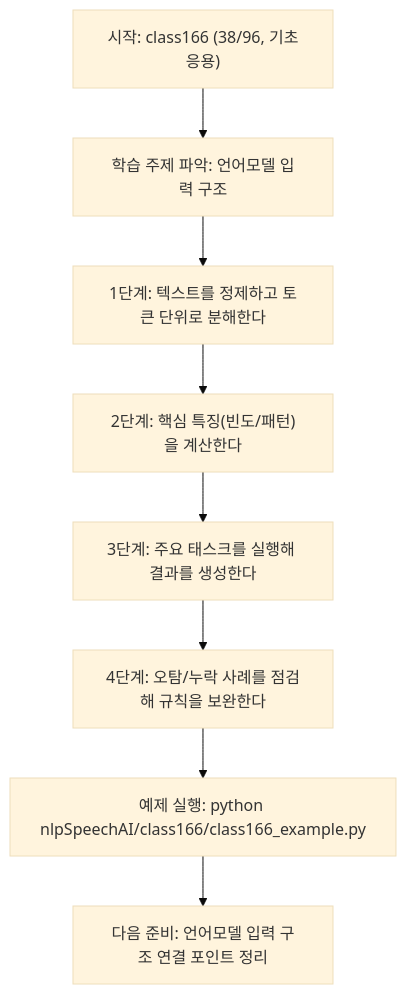
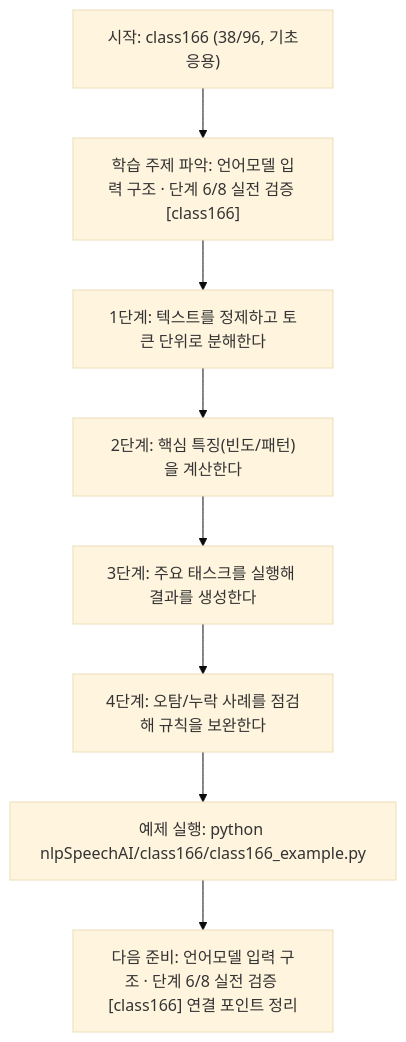
One commit to edumgt/Python-AI_Agent-Class changed the diagram in nlpSpeechAI/class166/class166.md. Above: the diagram before and after it, drawn with Mermaid (base theme). The commit also changed other lines of this file and 522 other files, not shown here.

````diff
--- a/nlpSpeechAI/class166/class166.md
+++ b/nlpSpeechAI/class166/class166.md
@@ -113,18 +114,18 @@
 ```mermaid
 flowchart TD
 N1["시작: class166 (38/96, 기초응용)"]
-N2["학습 주제 파악: 언어모델 입력 구조"]
+N2["학습 주제 파악: 언어모델 입력 구조 · 단계 6/8 실전 검증 [class166]"]
 N3["1단계: 텍스트를 정제하고 토큰 단위로 분해한다"]
 N4["2단계: 핵심 특징(빈도/패턴)을 계산한다"]
 N5["3단계: 주요 태스크를 실행해 결과를 생성한다"]
 N6["4단계: 오탐/누락 사례를 점검해 규칙을 보완한다"]
 N7["예제 실행: python nlpSpeechAI/class166/class166_example.py"]
-N8["다음 준비: 언어모델 입력 구조 연결 포인트 정리"]
+N8["다음 준비: 언어모델 입력 구조 · 단계 6/8 실전 검증 [class166] 연결 포인트 정리"]
 N1 --> N2
 N2 --> N3
 N3 --> N4
 N4 --> N5
 N5 --> N6
 N6 --> N7
 N7 --> N8
 ```
````
